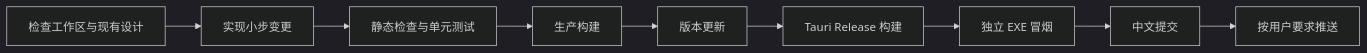
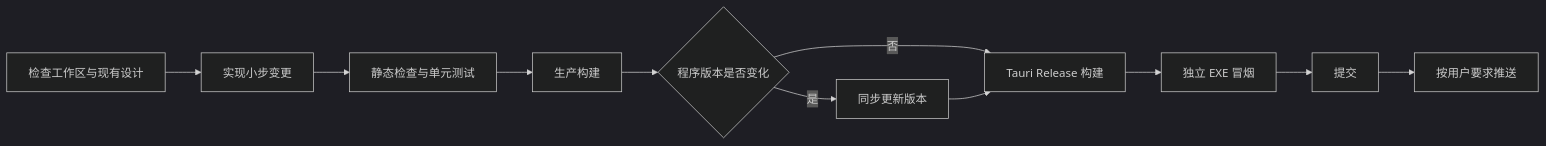
The diagram in docs/WORKFLOW.md (woooooooooolf/eRAW), drawn with Mermaid (dark theme) before and after one commit. The commit also changed other lines of this file and 2 other files, not shown here.

````diff
--- a/docs/WORKFLOW.md
+++ b/docs/WORKFLOW.md
@@ -44,11 +45,13 @@
 ```mermaid
 flowchart LR
     A["检查工作区与现有设计"] --> B["实现小步变更"]
     B --> C["静态检查与单元测试"]
     C --> D["生产构建"]
-    D --> E["版本更新"]
-    E --> F["Tauri Release 构建"]
-    F --> G["独立 EXE 冒烟"]
-    G --> H["中文提交"]
-    H --> I["按用户要求推送"]
+    D --> E{"程序版本是否变化"}
+    E -- "是" --> F["同步更新版本"]
+    E -- "否" --> G["Tauri Release 构建"]
+    F --> G
+    G --> H["独立 EXE 冒烟"]
+    H --> I["提交"]
+    I --> J["按用户要求推送"]
 ```
````
